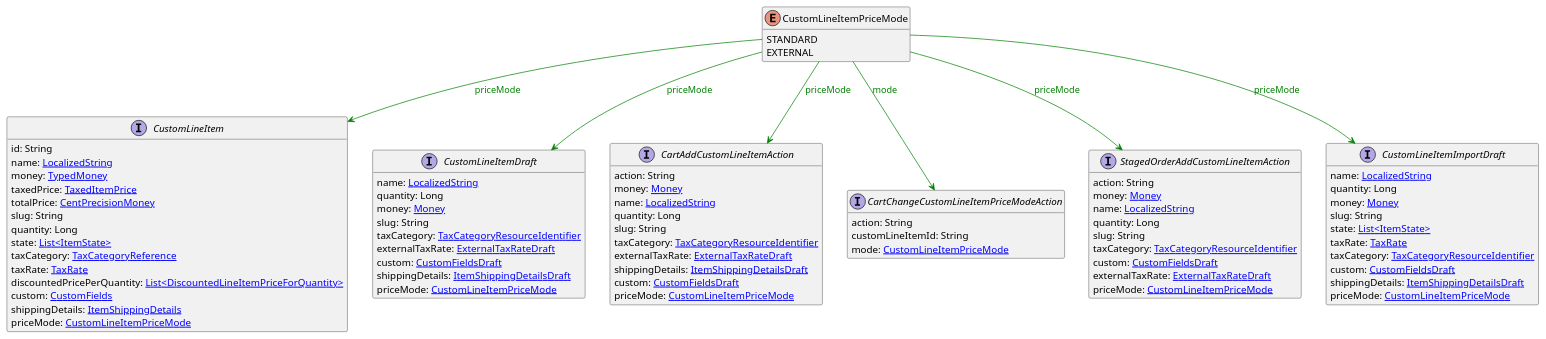
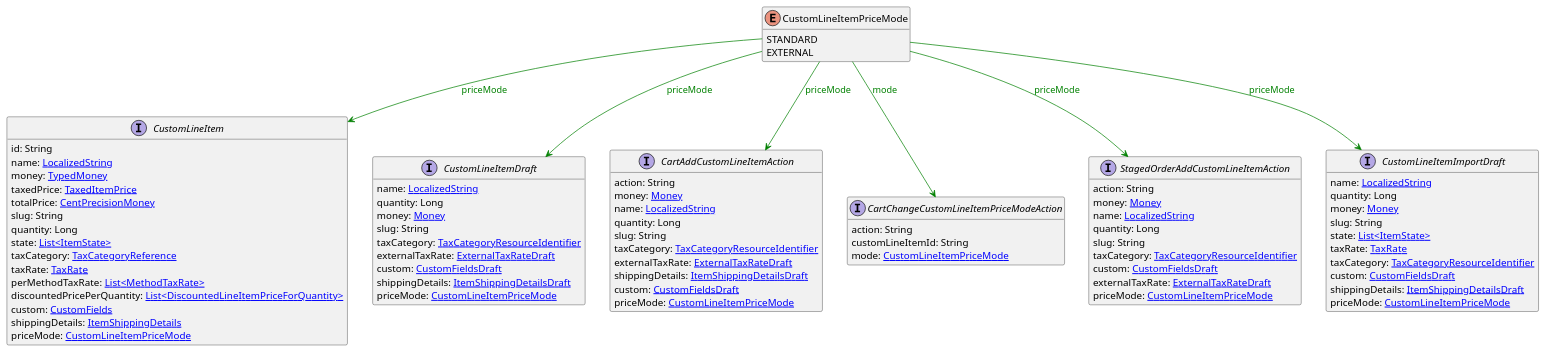
One commit to commercetools/commercetools-api-reference changed the diagram in uml/api/CustomLineItemPriceMode.puml. Above: the diagram before and after it, drawn with PlantUML. The commit also changed 26 other files, not shown here.

```diff
--- a/uml/api/CustomLineItemPriceMode.puml
+++ b/uml/api/CustomLineItemPriceMode.puml
@@ -1,81 +1,82 @@
 @startuml
 
 hide methods
 enum CustomLineItemPriceMode {
     STANDARD
     EXTERNAL
 }
 interface CustomLineItem [[CustomLineItem.svg]]  {
     id: String
     name: [[LocalizedString.svg LocalizedString]]
     money: [[TypedMoney.svg TypedMoney]]
     taxedPrice: [[TaxedItemPrice.svg TaxedItemPrice]]
     totalPrice: [[CentPrecisionMoney.svg CentPrecisionMoney]]
     slug: String
     quantity: Long
     state: [[ItemState.svg List<ItemState>]]
     taxCategory: [[TaxCategoryReference.svg TaxCategoryReference]]
     taxRate: [[TaxRate.svg TaxRate]]
+    perMethodTaxRate: [[MethodTaxRate.svg List<MethodTaxRate>]]
     discountedPricePerQuantity: [[DiscountedLineItemPriceForQuantity.svg List<DiscountedLineItemPriceForQuantity>]]
     custom: [[CustomFields.svg CustomFields]]
     shippingDetails: [[ItemShippingDetails.svg ItemShippingDetails]]
     priceMode: [[CustomLineItemPriceMode.svg CustomLineItemPriceMode]]
 }
 interface CustomLineItemDraft [[CustomLineItemDraft.svg]]  {
     name: [[LocalizedString.svg LocalizedString]]
     quantity: Long
     money: [[Money.svg Money]]
     slug: String
     taxCategory: [[TaxCategoryResourceIdentifier.svg TaxCategoryResourceIdentifier]]
     externalTaxRate: [[ExternalTaxRateDraft.svg ExternalTaxRateDraft]]
     custom: [[CustomFieldsDraft.svg CustomFieldsDraft]]
     shippingDetails: [[ItemShippingDetailsDraft.svg ItemShippingDetailsDraft]]
     priceMode: [[CustomLineItemPriceMode.svg CustomLineItemPriceMode]]
 }
 interface CartAddCustomLineItemAction [[CartAddCustomLineItemAction.svg]]  {
     action: String
     money: [[Money.svg Money]]
     name: [[LocalizedString.svg LocalizedString]]
     quantity: Long
     slug: String
     taxCategory: [[TaxCategoryResourceIdentifier.svg TaxCategoryResourceIdentifier]]
     externalTaxRate: [[ExternalTaxRateDraft.svg ExternalTaxRateDraft]]
     shippingDetails: [[ItemShippingDetailsDraft.svg ItemShippingDetailsDraft]]
     custom: [[CustomFieldsDraft.svg CustomFieldsDraft]]
     priceMode: [[CustomLineItemPriceMode.svg CustomLineItemPriceMode]]
 }
 interface CartChangeCustomLineItemPriceModeAction [[CartChangeCustomLineItemPriceModeAction.svg]]  {
     action: String
     customLineItemId: String
     mode: [[CustomLineItemPriceMode.svg CustomLineItemPriceMode]]
 }
 interface StagedOrderAddCustomLineItemAction [[StagedOrderAddCustomLineItemAction.svg]]  {
     action: String
     money: [[Money.svg Money]]
     name: [[LocalizedString.svg LocalizedString]]
     quantity: Long
     slug: String
     taxCategory: [[TaxCategoryResourceIdentifier.svg TaxCategoryResourceIdentifier]]
     custom: [[CustomFieldsDraft.svg CustomFieldsDraft]]
     externalTaxRate: [[ExternalTaxRateDraft.svg ExternalTaxRateDraft]]
     priceMode: [[CustomLineItemPriceMode.svg CustomLineItemPriceMode]]
 }
 interface CustomLineItemImportDraft [[CustomLineItemImportDraft.svg]]  {
     name: [[LocalizedString.svg LocalizedString]]
     quantity: Long
     money: [[Money.svg Money]]
     slug: String
     state: [[ItemState.svg List<ItemState>]]
     taxRate: [[TaxRate.svg TaxRate]]
     taxCategory: [[TaxCategoryResourceIdentifier.svg TaxCategoryResourceIdentifier]]
     custom: [[CustomFieldsDraft.svg CustomFieldsDraft]]
     shippingDetails: [[ItemShippingDetailsDraft.svg ItemShippingDetailsDraft]]
     priceMode: [[CustomLineItemPriceMode.svg CustomLineItemPriceMode]]
 }
 CustomLineItemPriceMode --> CustomLineItem #green;text:green : "priceMode"
 CustomLineItemPriceMode --> CustomLineItemDraft #green;text:green : "priceMode"
 CustomLineItemPriceMode --> CartAddCustomLineItemAction #green;text:green : "priceMode"
 CustomLineItemPriceMode --> CartChangeCustomLineItemPriceModeAction #green;text:green : "mode"
 CustomLineItemPriceMode --> StagedOrderAddCustomLineItemAction #green;text:green : "priceMode"
 CustomLineItemPriceMode --> CustomLineItemImportDraft #green;text:green : "priceMode"
 @enduml
```
